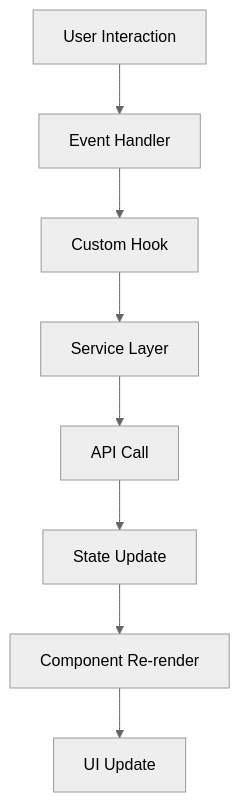
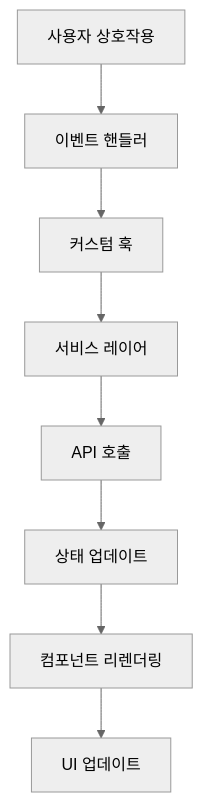
The first of 3 diagrams in ARCHITECTURE.md (seoul-fit/seoul-fit-fe), drawn with Mermaid (neutral theme) before and after one commit. The commit also changed other lines of this file and 7 other files, not shown here.

````diff
--- a/ARCHITECTURE.md
+++ b/ARCHITECTURE.md
@@ -176,10 +176,10 @@
 ```mermaid
 graph TD
-    A[User Interaction] --> B[Event Handler]
-    B --> C[Custom Hook]
-    C --> D[Service Layer]
-    D --> E[API Call]
-    E --> F[State Update]
-    F --> G[Component Re-render]
-    G --> H[UI Update]
+    A[사용자 상호작용] --> B[이벤트 핸들러]
+    B --> C[커스텀 훅]
+    C --> D[서비스 레이어]
+    D --> E[API 호출]
+    E --> F[상태 업데이트]
+    F --> G[컴포넌트 리렌더링]
+    G --> H[UI 업데이트]
 ```
````
